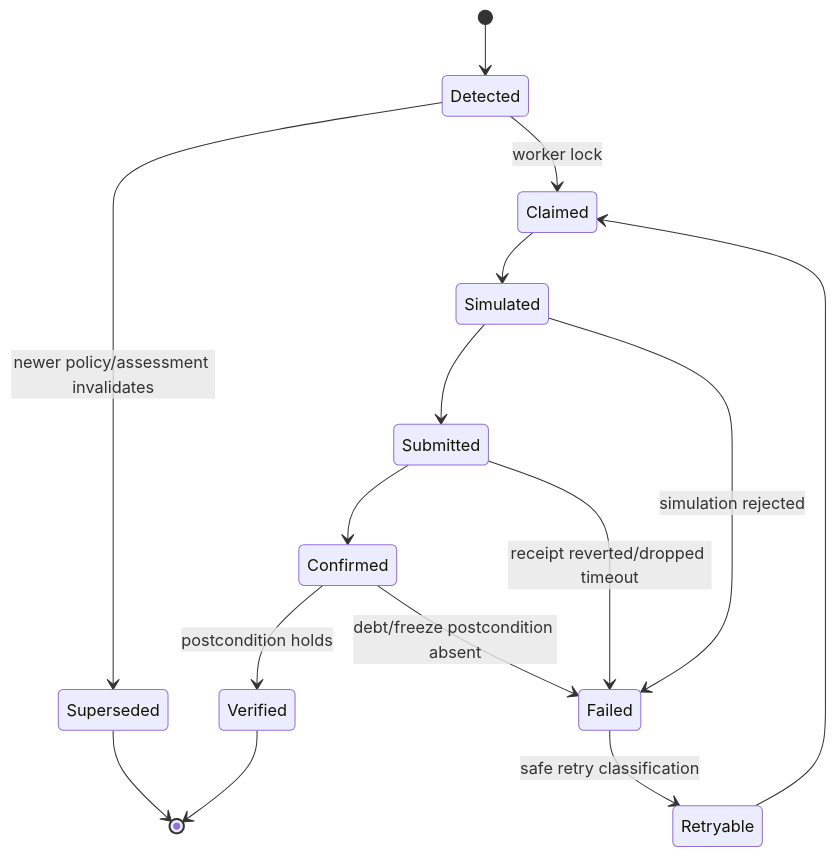
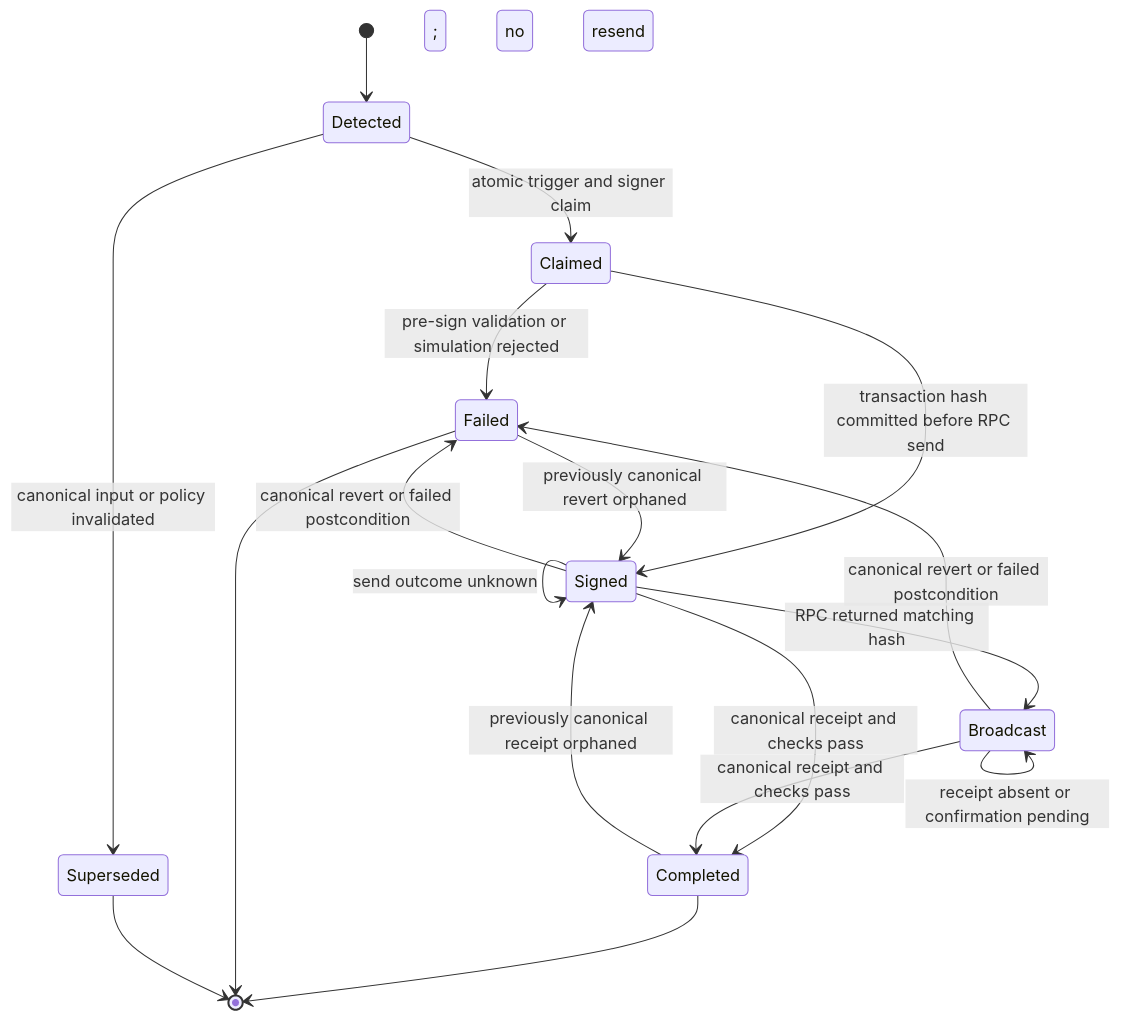
One commit to Dylansius11/crest changed the fourth of 5 diagrams in docs/technical/ARCHITECTURE.md. Above: the diagram before and after it, drawn with Mermaid. The commit also changed other lines of this file and 24 other files, not shown here.

````diff
--- a/docs/technical/ARCHITECTURE.md
+++ b/docs/technical/ARCHITECTURE.md
@@ -205,17 +205,20 @@
 ```mermaid
 stateDiagram-v2
   [*] --> Detected
-  Detected --> Superseded: newer policy/assessment invalidates
-  Detected --> Claimed: worker lock
-  Claimed --> Simulated
-  Simulated --> Submitted
-  Simulated --> Failed: simulation rejected
-  Submitted --> Confirmed
-  Submitted --> Failed: receipt reverted/dropped timeout
-  Confirmed --> Verified: postcondition holds
-  Confirmed --> Failed: debt/freeze postcondition absent
-  Failed --> Retryable: safe retry classification
-  Retryable --> Claimed
-  Verified --> [*]
+  Detected --> Superseded: canonical input or policy invalidated
+  Detected --> Claimed: atomic trigger and signer claim
+  Claimed --> Failed: pre-sign validation or simulation rejected
+  Claimed --> Signed: transaction hash committed before RPC send
+  Signed --> Broadcast: RPC returned matching hash
+  Signed --> Signed: send outcome unknown; no resend
+  Broadcast --> Broadcast: receipt absent or confirmation pending
+  Signed --> Completed: canonical receipt and checks pass
+  Broadcast --> Completed: canonical receipt and checks pass
+  Signed --> Failed: canonical revert or failed postcondition
+  Completed --> Signed: previously canonical receipt orphaned
+  Failed --> Signed: previously canonical revert orphaned
+  Broadcast --> Failed: canonical revert or failed postcondition
+  Completed --> [*]
+  Failed --> [*]
   Superseded --> [*]
 ```
````
